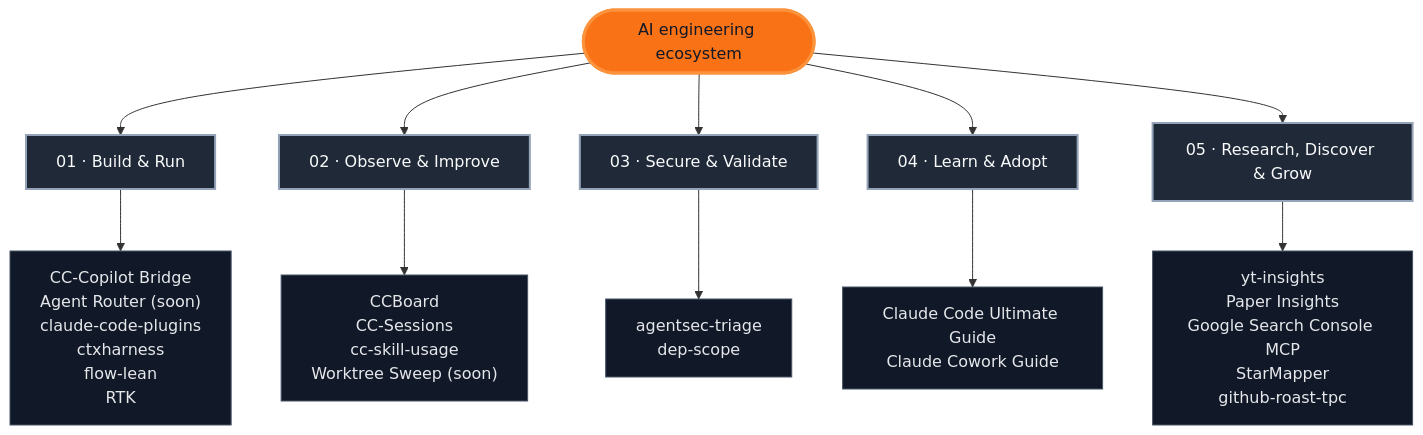
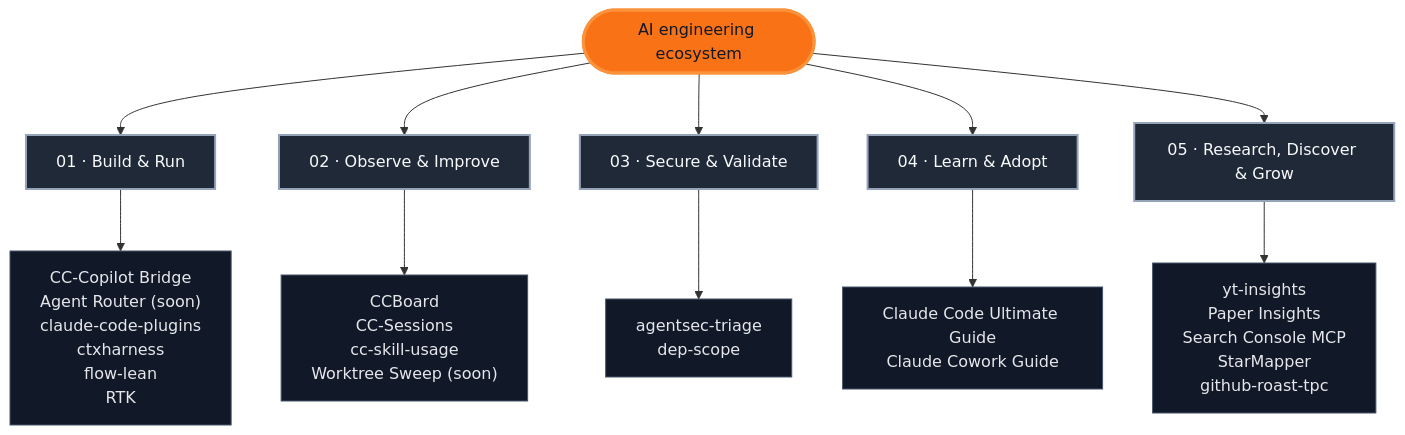
The diagram in README.md (FlorianBruniaux/FlorianBruniaux), drawn with Mermaid before and after one commit. The commit also changed other lines of this file and 3 other files, not shown here.

Commit message:
docs(profile): highlight Search Console MCP

````diff
--- a/README.md
+++ b/README.md
@@ -65,22 +69,22 @@
 ```mermaid
 flowchart TB
   accTitle: AI engineering ecosystem map
   accDescr: Five routes connect the ecosystem hub to all 19 projects
   hub(["AI engineering ecosystem"])
   hub --> build_run["01 · Build & Run"]
   build_run --> build_run_projects["CC-Copilot Bridge<br/>Agent Router (soon)<br/>claude-code-plugins<br/>ctxharness<br/>flow-lean<br/>RTK"]
   hub --> observe_improve["02 · Observe & Improve"]
   observe_improve --> observe_improve_projects["CCBoard<br/>CC-Sessions<br/>cc-skill-usage<br/>Worktree Sweep (soon)"]
   hub --> secure_validate["03 · Secure & Validate"]
   secure_validate --> secure_validate_projects["agentsec-triage<br/>dep-scope"]
   hub --> learn_adopt["04 · Learn & Adopt"]
   learn_adopt --> learn_adopt_projects["Claude Code Ultimate Guide<br/>Claude Cowork Guide"]
   hub --> research_discover_grow["05 · Research, Discover & Grow"]
-  research_discover_grow --> research_discover_grow_projects["yt-insights<br/>Paper Insights<br/>Google Search Console MCP<br/>StarMapper<br/>github-roast-tpc"]
+  research_discover_grow --> research_discover_grow_projects["yt-insights<br/>Paper Insights<br/>Search Console MCP<br/>StarMapper<br/>github-roast-tpc"]
   classDef hub fill:#f97316,color:#111827,stroke:#fb923c,stroke-width:3px
   classDef route fill:#1f2937,color:#f9fafb,stroke:#94a3b8,stroke-width:2px
   classDef projects fill:#111827,color:#e5e7eb,stroke:#475569
   class hub hub
   class build_run,observe_improve,secure_validate,learn_adopt,research_discover_grow route
   class build_run_projects,observe_improve_projects,secure_validate_projects,learn_adopt_projects,research_discover_grow_projects projects
 ```
````
